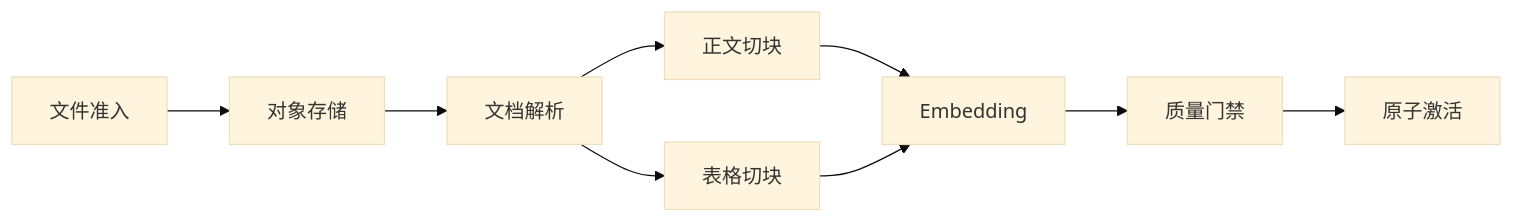
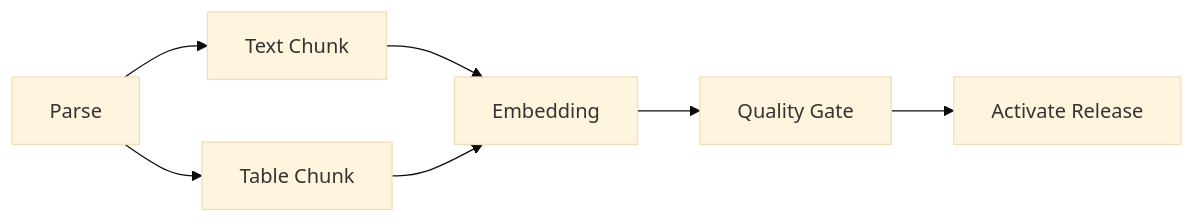
The diagram in docs/ai-agent/multi-agent-dag-workflows.md (upJiang/jiang-blog-vitepress), drawn with Mermaid (base theme) before and after one commit. The commit also changed other lines of this file and 365 other files, not shown here.

````diff
--- a/docs/ai-agent/multi-agent-dag-workflows.md
+++ b/docs/ai-agent/multi-agent-dag-workflows.md
@@ -126,11 +110,9 @@
 ```mermaid
 flowchart LR
-    A[文件准入] --> B[对象存储]
-    B --> C[文档解析]
-    C --> D[正文切块]
-    C --> E[表格切块]
-    D --> F[Embedding]
-    E --> F
-    F --> G[质量门禁]
-    G --> H[原子激活]
+    A[Parse] --> B[Text Chunk]
+    A --> C[Table Chunk]
+    B --> D[Embedding]
+    C --> D
+    D --> E[Quality Gate]
+    E --> F[Activate Release]
 ```
````
